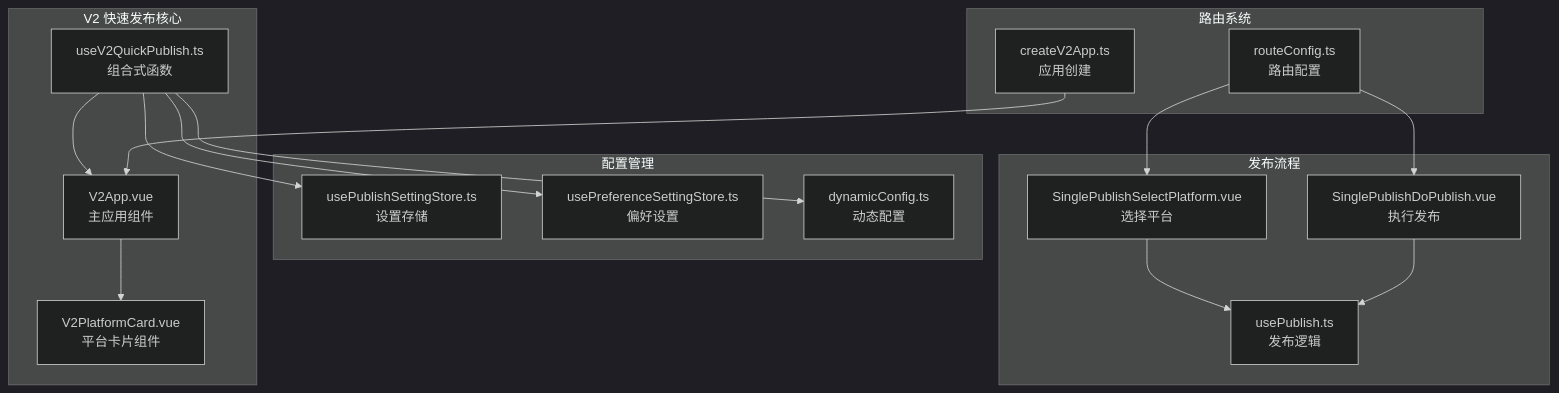
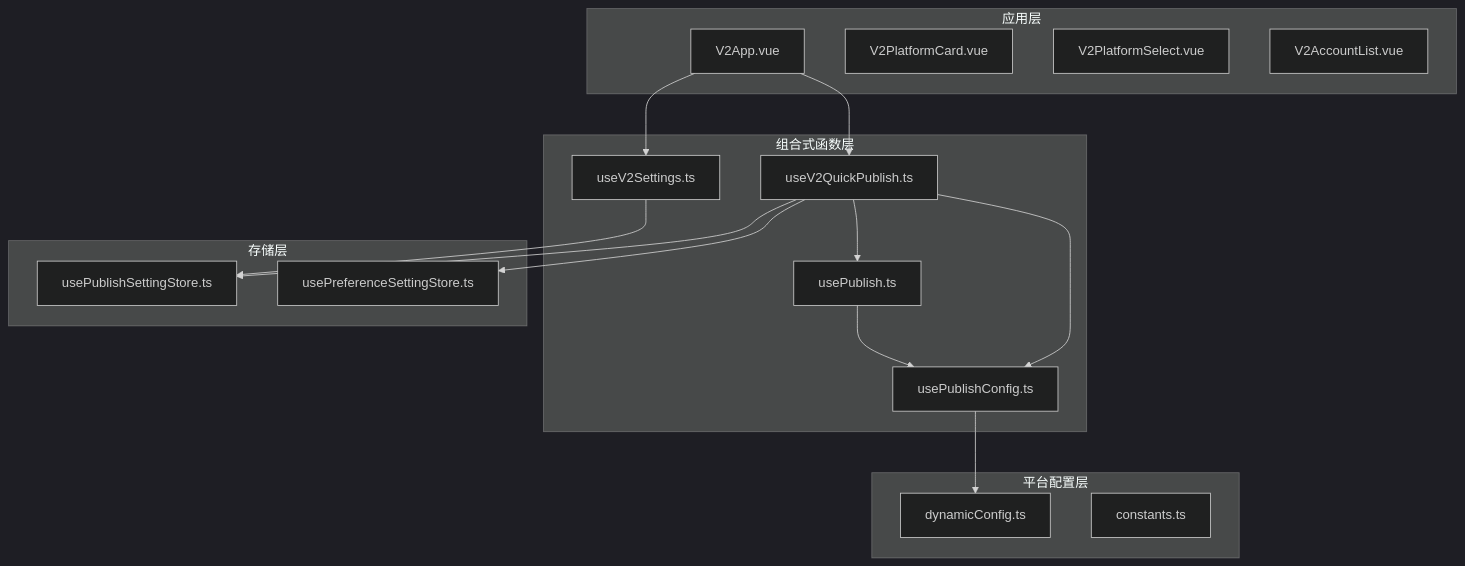
Before and after one commit to terwer/siyuan-plugin-publisher: the first of 6 diagrams in .qoder/repowiki/zh/content/核心架构/组件架构设计/Composition API设计模式/V2 快速发布组合式函数.md, drawn with Mermaid (dark theme). The commit also changed other lines of this file and 16 other files, not shown here.

````diff
--- a/.qoder/repowiki/zh/content/核心架构/组件架构设计/Composition API设计模式/V2 快速发布组合式函数.md
+++ b/.qoder/repowiki/zh/content/核心架构/组件架构设计/Composition API设计模式/V2 快速发布组合式函数.md
@@ -42,32 +47,32 @@
 ```mermaid
 graph TB
-subgraph "V2 快速发布核心"
-A[useV2QuickPublish.ts<br/>组合式函数]
-B[V2App.vue<br/>主应用组件]
-C[V2PlatformCard.vue<br/>平台卡片组件]
+subgraph "应用层"
+V2App[V2App.vue]
+V2PlatformCard[V2PlatformCard.vue]
+V2PlatformSelect[V2PlatformSelect.vue]
+V2AccountList[V2AccountList.vue]
 end
-subgraph "配置管理"
-D[usePublishSettingStore.ts<br/>设置存储]
-E[usePreferenceSettingStore.ts<br/>偏好设置]
-F[dynamicConfig.ts<br/>动态配置]
+subgraph "组合式函数层"
+useV2QuickPublish[useV2QuickPublish.ts]
+useV2Settings[useV2Settings.ts]
+usePublish[usePublish.ts]
+usePublishConfig[usePublishConfig.ts]
 end
-subgraph "路由系统"
-G[routeConfig.ts<br/>路由配置]
-H[createV2App.ts<br/>应用创建]
+subgraph "存储层"
+usePublishSettingStore[usePublishSettingStore.ts]
+usePreferenceSettingStore[usePreferenceSettingStore.ts]
 end
-subgraph "发布流程"
-I[SinglePublishSelectPlatform.vue<br/>选择平台]
-J[SinglePublishDoPublish.vue<br/>执行发布]
-K[usePublish.ts<br/>发布逻辑]
+subgraph "平台配置层"
+dynamicConfig[dynamicConfig.ts]
+constants[constants.ts]
 end
-A --> B
-B --> C
-A --> D
-A --> E
-A --> F
-H --> B
-G --> I
-G --> J
-I --> K
-J --> K
+V2App --> useV2QuickPublish
+V2App --> useV2Settings
+useV2QuickPublish --> usePublish
+useV2QuickPublish --> usePublishConfig
+useV2QuickPublish --> usePublishSettingStore
+useV2QuickPublish --> usePreferenceSettingStore
+useV2Settings --> usePublishSettingStore
+usePublish --> usePublishConfig
+usePublishConfig --> dynamicConfig
 ```
````
